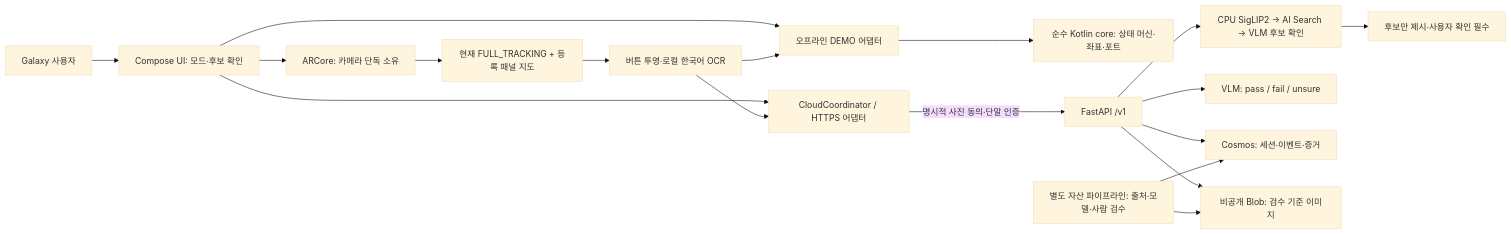
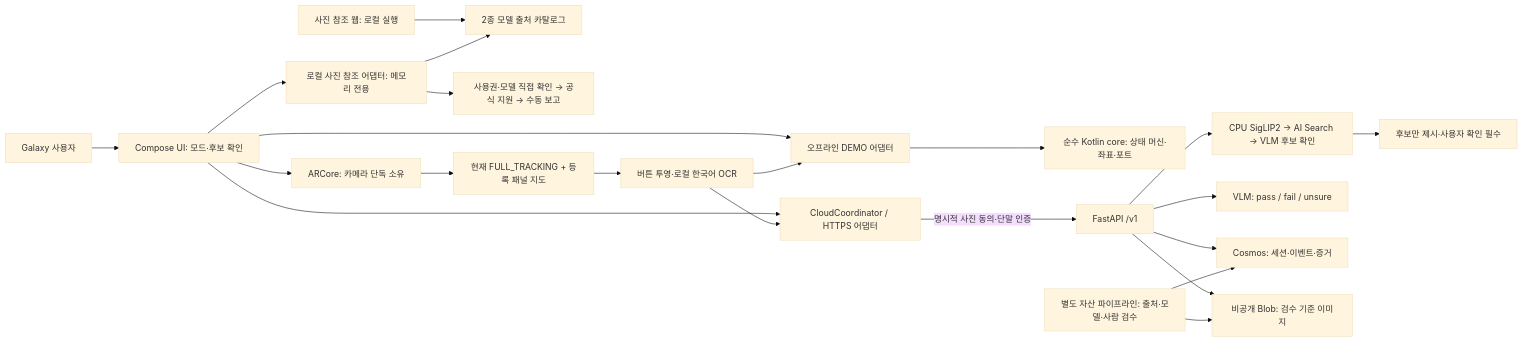
Before and after one commit to daeungo1/visual-product-recognition: the first of 3 diagrams in README.md, drawn with Mermaid (base theme). The commit also changed other lines of this file and 13 other files, not shown here.

````diff
--- a/README.md
+++ b/README.md
@@ -135,20 +173,24 @@
 ```mermaid
 flowchart LR
     User["Galaxy 사용자"] --> UI["Compose UI: 모드·후보 확인"]
+    UI --> Photo["로컬 사진 참조 어댑터: 메모리 전용"]
+    Browser["사진 참조 웹: 로컬 실행"] --> Sources["2종 모델 출처 카탈로그"]
+    Photo --> Sources
+    Photo --> Manual["사용권·모델 직접 확인 → 공식 지원 → 수동 보고"]
     UI --> Offline["오프라인 DEMO 어댑터"]
     Offline --> Core["순수 Kotlin core: 상태 머신·좌표·포트"]
     UI --> Client["CloudCoordinator / HTTPS 어댑터"]
     UI --> AR["ARCore: 카메라 단독 소유"]
     AR --> Track["현재 FULL_TRACKING + 등록 패널 지도"]
     Track --> Overlay["버튼 투영·로컬 한국어 OCR"]
     Overlay --> Offline
     Overlay --> Client
     Client -->|"명시적 사진 동의·단말 인증"| API["FastAPI /v1"]
     API --> Identify["CPU SigLIP2 → AI Search → VLM 후보 확인"]
     API --> Verify["VLM: pass / fail / unsure"]
     API --> Cosmos["Cosmos: 세션·이벤트·증거"]
     API --> Blob["비공개 Blob: 검수 기준 이미지"]
     Pipeline["별도 자산 파이프라인: 출처·모델·사람 검수"] --> Blob
     Pipeline --> Cosmos
     Identify --> Candidate["후보만 제시·사용자 확인 필수"]
 ```
````
